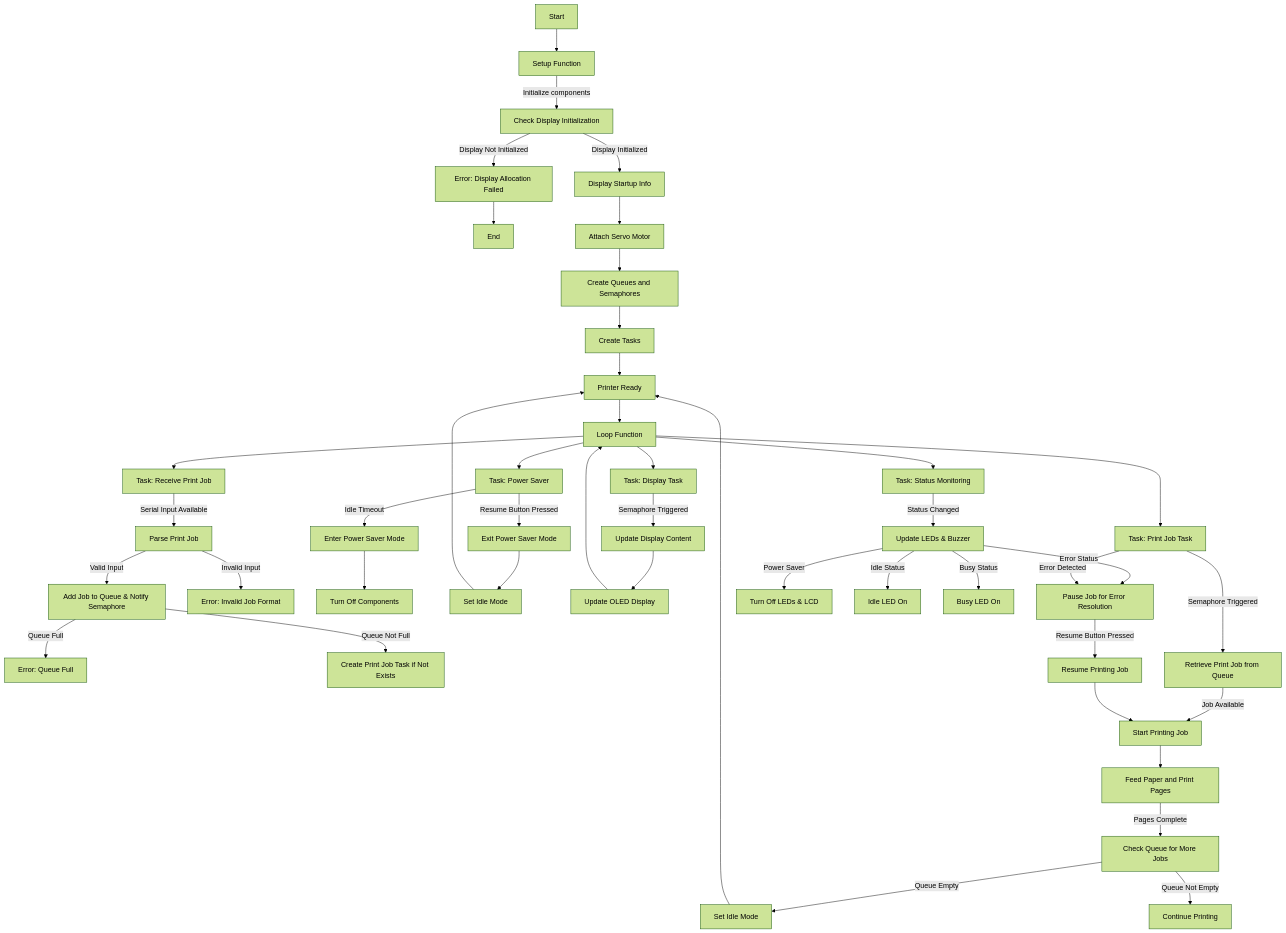
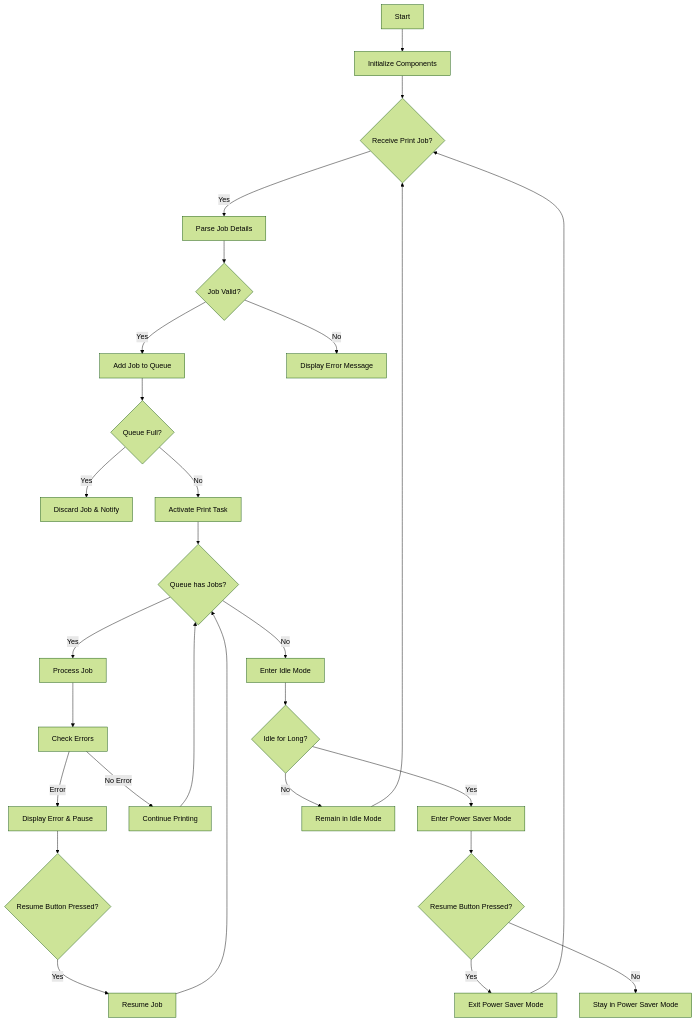
The diagram in Flowchart_FSM/FlowChart.mmd (endangrusiana123/SistemTertanamLanjut), drawn with Mermaid (forest theme) before and after one commit.

```diff
--- a/Flowchart_FSM/FlowChart.mmd
+++ b/Flowchart_FSM/FlowChart.mmd
@@ -1,52 +1,28 @@
-flowchart TD
-    A[Start] --> B[Setup Function]
-    B -->|Initialize components| C[Check Display Initialization]
-    C -->|Display Initialized| D[Display Startup Info]
-    C -->|Display Not Initialized| E[Error: Display Allocation Failed]
-    E --> F[End]
-
-    D --> G[Attach Servo Motor]
-    G --> H[Create Queues and Semaphores]
-    H --> I[Create Tasks]
-    I --> J[Printer Ready]
-    J --> K[Loop Function]
-
-    K --> L[Task: Receive Print Job]
-    L -->|Serial Input Available| M[Parse Print Job]
-    M -->|Valid Input| N[Add Job to Queue & Notify Semaphore]
-    M -->|Invalid Input| O[Error: Invalid Job Format]
-    N -->|Queue Full| P[Error: Queue Full]
-    N -->|Queue Not Full| Q[Create Print Job Task if Not Exists]
-
-    K --> R[Task: Power Saver]
-    R -->|Resume Button Pressed| S[Exit Power Saver Mode]
-    R -->|Idle Timeout| T[Enter Power Saver Mode]
-    T --> U[Turn Off Components]
-    S --> V[Set Idle Mode]
-
-    K --> W[Task: Print Job Task]
-    W -->|Semaphore Triggered| X[Retrieve Print Job from Queue]
-    X -->|Job Available| Y[Start Printing Job]
-    Y --> Z[Feed Paper and Print Pages]
-    Z -->|Pages Complete| AA[Check Queue for More Jobs]
-    AA -->|Queue Empty| AB[Set Idle Mode]
-    AA -->|Queue Not Empty| AC[Continue Printing]
-
-    K --> AD[Task: Display Task]
-    AD -->|Semaphore Triggered| AE[Update Display Content]
-    AE --> AF[Update OLED Display]
-
-    K --> AG[Task: Status Monitoring]
-    AG -->|Status Changed| AH[Update LEDs & Buzzer]
-    AH -->|Error Status| AI[Error LED & Buzzer]
-    AH -->|Power Saver| AJ[Turn Off LEDs & LCD]
-    AH -->|Idle Status| AK[Idle LED On]
-    AH -->|Busy Status| AL[Busy LED On]
-
-    W -->|Error Detected| AI[Pause Job for Error Resolution]
-    AI -->|Resume Button Pressed| AM[Resume Printing Job]
-
-    V --> J
-    AB --> J
-    AF --> K
-    AM --> Y
+graph TD
+    A[Start] --> B[Initialize Components]
+    B --> C{Receive Print Job?}
+    C -->|Yes| D[Parse Job Details]
+    D --> E{Job Valid?}
+    E -->|Yes| F[Add Job to Queue]
+    E -->|No| G[Display Error Message]
+    F --> H{Queue Full?}
+    H -->|Yes| I[Discard Job & Notify]
+    H -->|No| J[Activate Print Task]
+    J --> K{Queue has Jobs?}
+    K -->|Yes| L[Process Job]
+    K -->|No| M[Enter Idle Mode]
+    L --> N[Check Errors]
+    N -->|Error| O[Display Error & Pause]
+    O --> P{Resume Button Pressed?}
+    P -->|Yes| Q[Resume Job]
+    Q --> K
+    N -->|No Error| R[Continue Printing]
+    R --> K
+    M --> S{Idle for Long?}
+    S -->|Yes| T[Enter Power Saver Mode]
+    S -->|No| U[Remain in Idle Mode]
+    T --> V{Resume Button Pressed?}
+    V -->|Yes| W[Exit Power Saver Mode]
+    V -->|No| X[Stay in Power Saver Mode]
+    W --> C
+    U --> C
```
